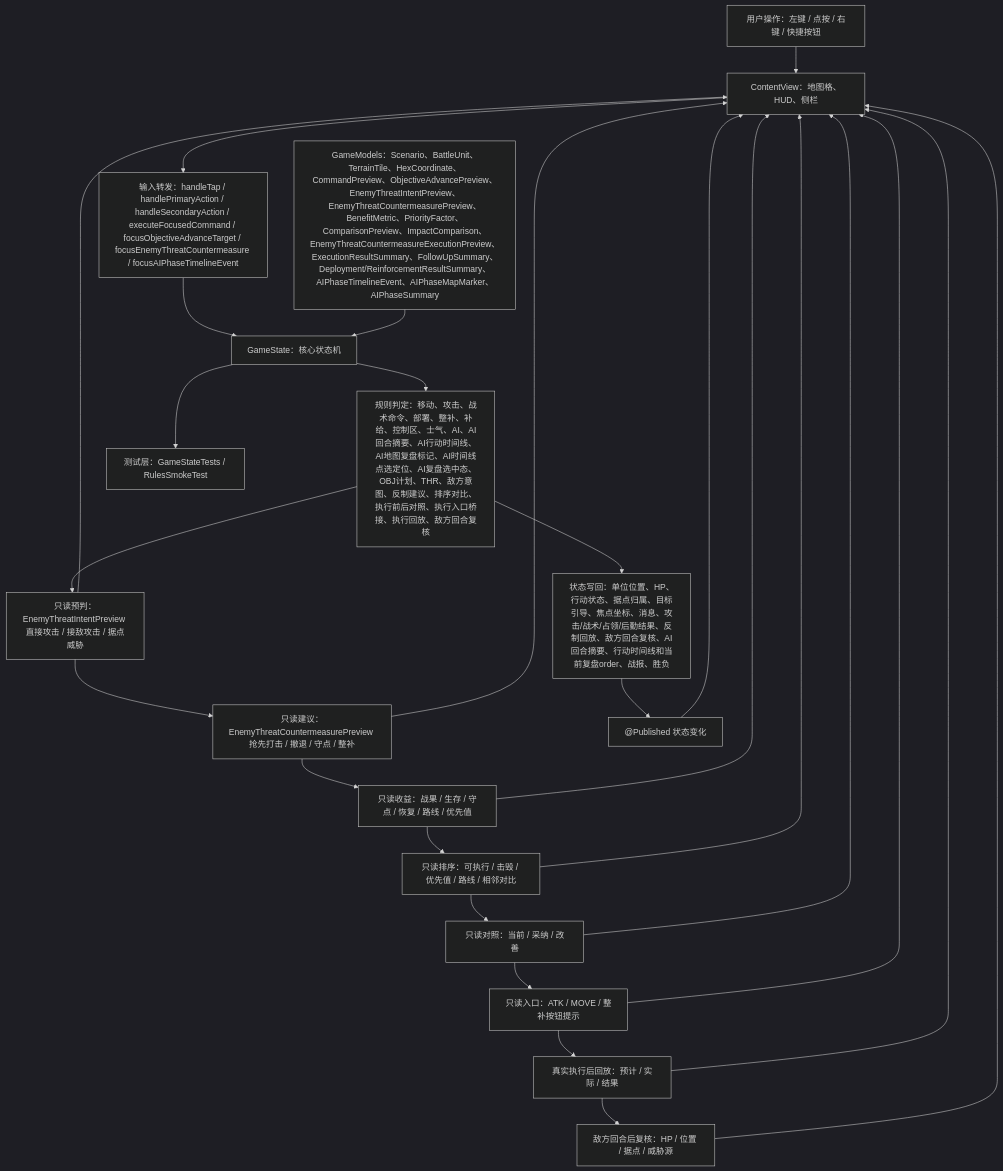
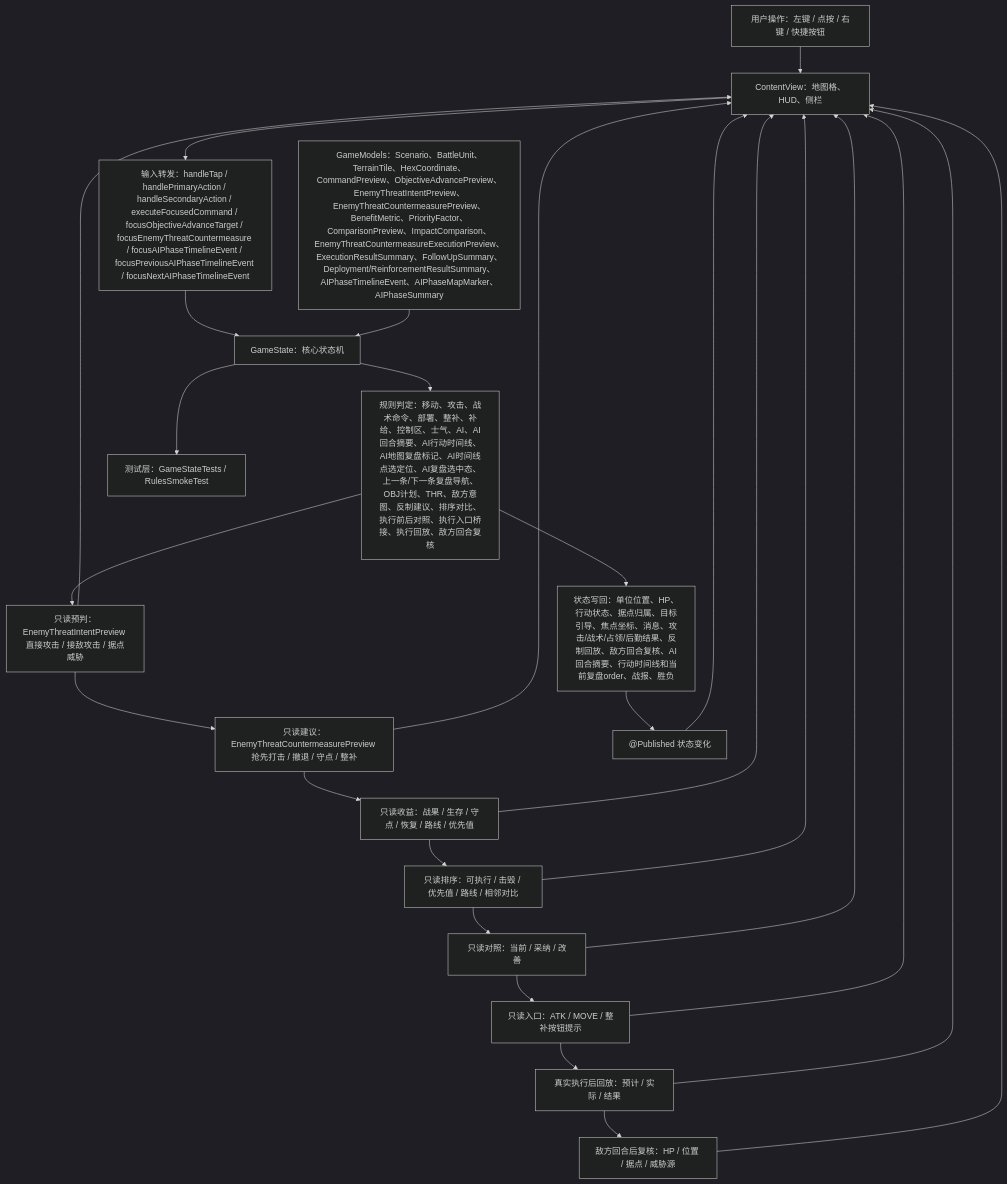
One commit to Altman-sam114/116 changed the first of 5 diagrams in md/flow/flowchart.md. Above: the diagram before and after it, drawn with Mermaid (dark theme). The commit also changed other lines of this file and 10 other files, not shown here.

````diff
--- a/md/flow/flowchart.md
+++ b/md/flow/flowchart.md
@@ -9,28 +9,28 @@
 ```mermaid
 flowchart TD
   U["用户操作：左键 / 点按 / 右键 / 快捷按钮"] --> V["ContentView：地图格、HUD、侧栏"]
-  V --> I["输入转发：handleTap / handlePrimaryAction / handleSecondaryAction / executeFocusedCommand / focusObjectiveAdvanceTarget / focusEnemyThreatCountermeasure / focusAIPhaseTimelineEvent"]
+  V --> I["输入转发：handleTap / handlePrimaryAction / handleSecondaryAction / executeFocusedCommand / focusObjectiveAdvanceTarget / focusEnemyThreatCountermeasure / focusAIPhaseTimelineEvent / focusPreviousAIPhaseTimelineEvent / focusNextAIPhaseTimelineEvent"]
   I --> S["GameState：核心状态机"]
   M["GameModels：Scenario、BattleUnit、TerrainTile、HexCoordinate、CommandPreview、ObjectiveAdvancePreview、EnemyThreatIntentPreview、EnemyThreatCountermeasurePreview、BenefitMetric、PriorityFactor、ComparisonPreview、ImpactComparison、EnemyThreatCountermeasureExecutionPreview、ExecutionResultSummary、FollowUpSummary、Deployment/ReinforcementResultSummary、AIPhaseTimelineEvent、AIPhaseMapMarker、AIPhaseSummary"] --> S
-  S --> R["规则判定：移动、攻击、战术命令、部署、整补、补给、控制区、士气、AI、AI回合摘要、AI行动时间线、AI地图复盘标记、AI时间线点选定位、AI复盘选中态、OBJ计划、THR、敌方意图、反制建议、排序对比、执行前后对照、执行入口桥接、执行回放、敌方回合复核"]
+  S --> R["规则判定：移动、攻击、战术命令、部署、整补、补给、控制区、士气、AI、AI回合摘要、AI行动时间线、AI地图复盘标记、AI时间线点选定位、AI复盘选中态、上一条/下一条复盘导航、OBJ计划、THR、敌方意图、反制建议、排序对比、执行前后对照、执行入口桥接、执行回放、敌方回合复核"]
   R --> W["状态写回：单位位置、HP、行动状态、据点归属、目标引导、焦点坐标、消息、攻击/战术/占领/后勤结果、反制回放、敌方回合复核、AI回合摘要、行动时间线和当前复盘order、战报、胜负"]
   R --> EI["只读预判：EnemyThreatIntentPreview 直接攻击 / 接敌攻击 / 据点威胁"]
   EI --> EC["只读建议：EnemyThreatCountermeasurePreview 抢先打击 / 撤退 / 守点 / 整补"]
   EC --> BM["只读收益：战果 / 生存 / 守点 / 恢复 / 路线 / 优先值"]
   BM --> PC["只读排序：可执行 / 击毁 / 优先值 / 路线 / 相邻对比"]
   PC --> IP["只读对照：当前 / 采纳 / 改善"]
   IP --> EB["只读入口：ATK / MOVE / 整补按钮提示"]
   EB --> XR["真实执行后回放：预计 / 实际 / 结果"]
   XR --> FV["敌方回合后复核：HP / 位置 / 据点 / 威胁源"]
   W --> P["@Published 状态变化"]
   P --> V
   EI --> V
   EC --> V
   BM --> V
   PC --> V
   IP --> V
   EB --> V
   XR --> V
   FV --> V
   S --> T["测试层：GameStateTests / RulesSmokeTest"]
 ```
````
